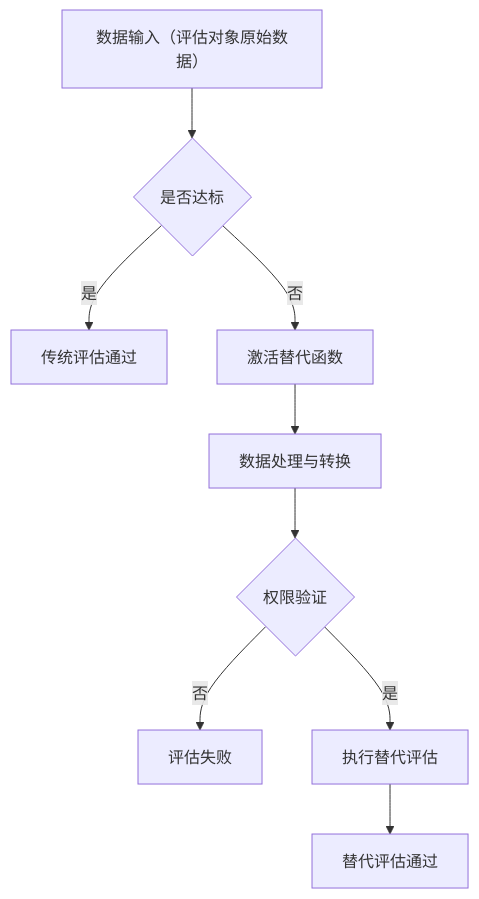
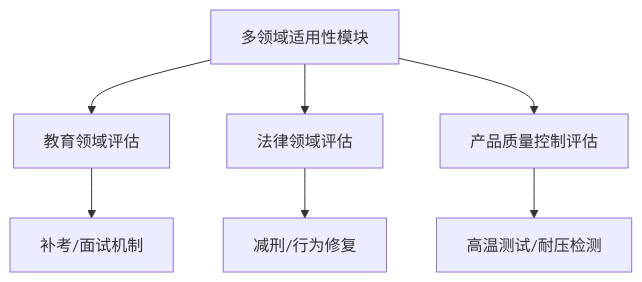
Before and after one commit to RNGMARTIN/iodraw-files: the diagram in all/未命名-2.md, drawn with Mermaid.

Commit message:
2025-07-31 08:46:52 update

````diff
--- a/all/未命名-2.md
+++ b/all/未命名-2.md
@@ -1,12 +1,10 @@
 ```mermaid
-graph TD
-    A[数据输入（评估对象原始数据）] --> B{是否达标}
-    B -- 是 --> C[传统评估通过]
-    B -- 否 --> D[激活替代函数]
-    D --> E[数据处理与转换]
-    E --> F{权限验证}
-    F -- 否 --> G[评估失败]
-    F -- 是 --> H[执行替代评估]
-    H --> I[替代评估通过]
+graph TB
+    A[多领域适用性模块] --> B[教育领域评估]
+    A --> C[法律领域评估]
+    A --> D[产品质量控制评估]
+    B --> B1[补考/面试机制]
+    C --> C1[减刑/行为修复]
+    D --> D1[高温测试/耐压检测]
 
 ```
````
